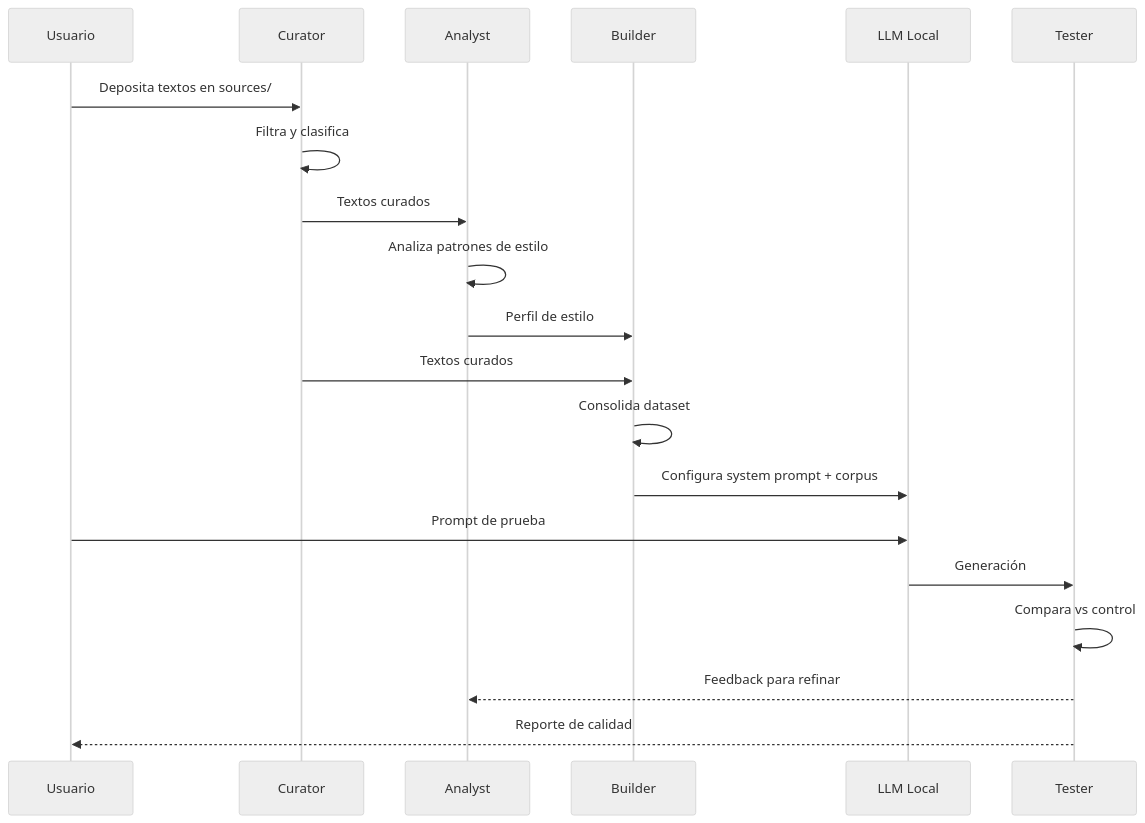
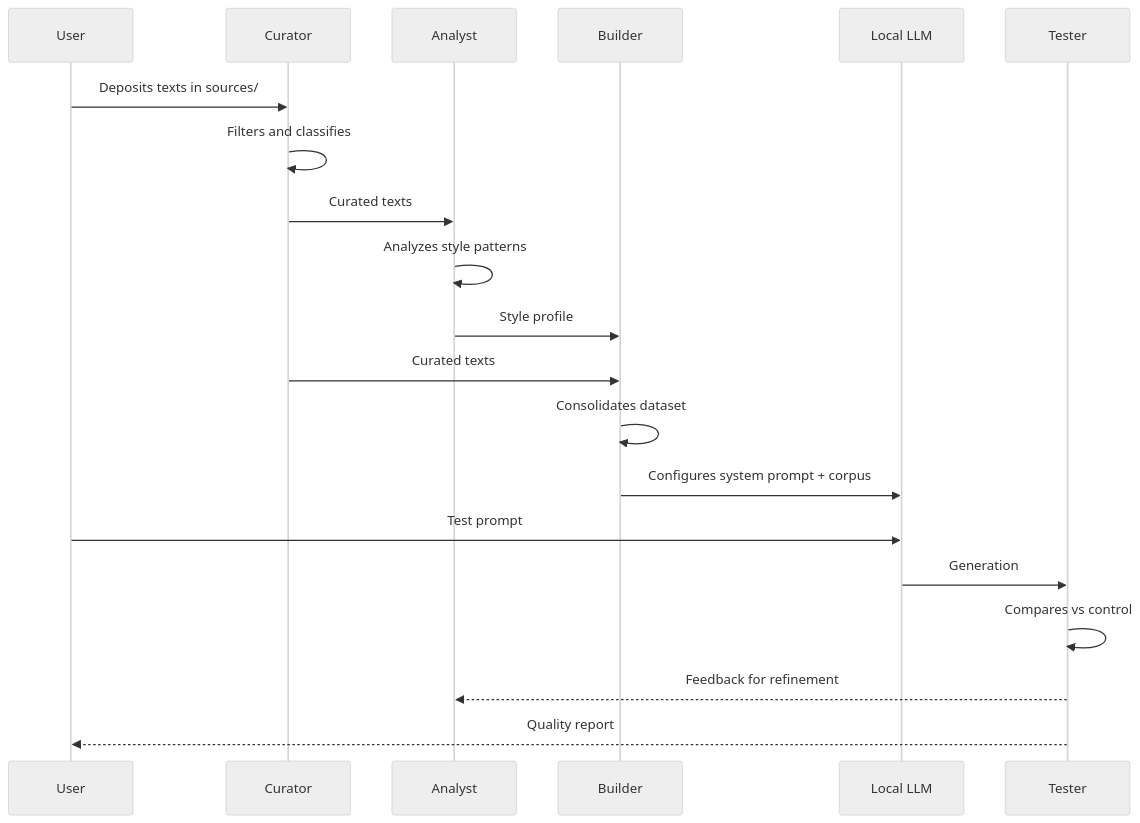
One commit to luisgarciadiaz/VoxMea changed the second of 2 diagrams in architecture.md. Above: the diagram before and after it, drawn with Mermaid (neutral theme). The commit also changed other lines of this file and 3 other files, not shown here.

````diff
--- a/architecture.md
+++ b/architecture.md
@@ -201,23 +201,23 @@
 ```mermaid
 sequenceDiagram
-    participant U as Usuario
+    participant U as User
     participant C as Curator
     participant A as Analyst
     participant B as Builder
-    participant L as LLM Local
+    participant L as Local LLM
     participant T as Tester
 
-    U->>C: Deposita textos en sources/
-    C->>C: Filtra y clasifica
-    C->>A: Textos curados
-    A->>A: Analiza patrones de estilo
-    A->>B: Perfil de estilo
-    C->>B: Textos curados
-    B->>B: Consolida dataset
-    B->>L: Configura system prompt + corpus
-    U->>L: Prompt de prueba
-    L->>T: Generación
-    T->>T: Compara vs control
-    T-->>A: Feedback para refinar
-    T-->>U: Reporte de calidad
+    U->>C: Deposits texts in sources/
+    C->>C: Filters and classifies
+    C->>A: Curated texts
+    A->>A: Analyzes style patterns
+    A->>B: Style profile
+    C->>B: Curated texts
+    B->>B: Consolidates dataset
+    B->>L: Configures system prompt + corpus
+    U->>L: Test prompt
+    L->>T: Generation
+    T->>T: Compares vs control
+    T-->>A: Feedback for refinement
+    T-->>U: Quality report
 ```
````
